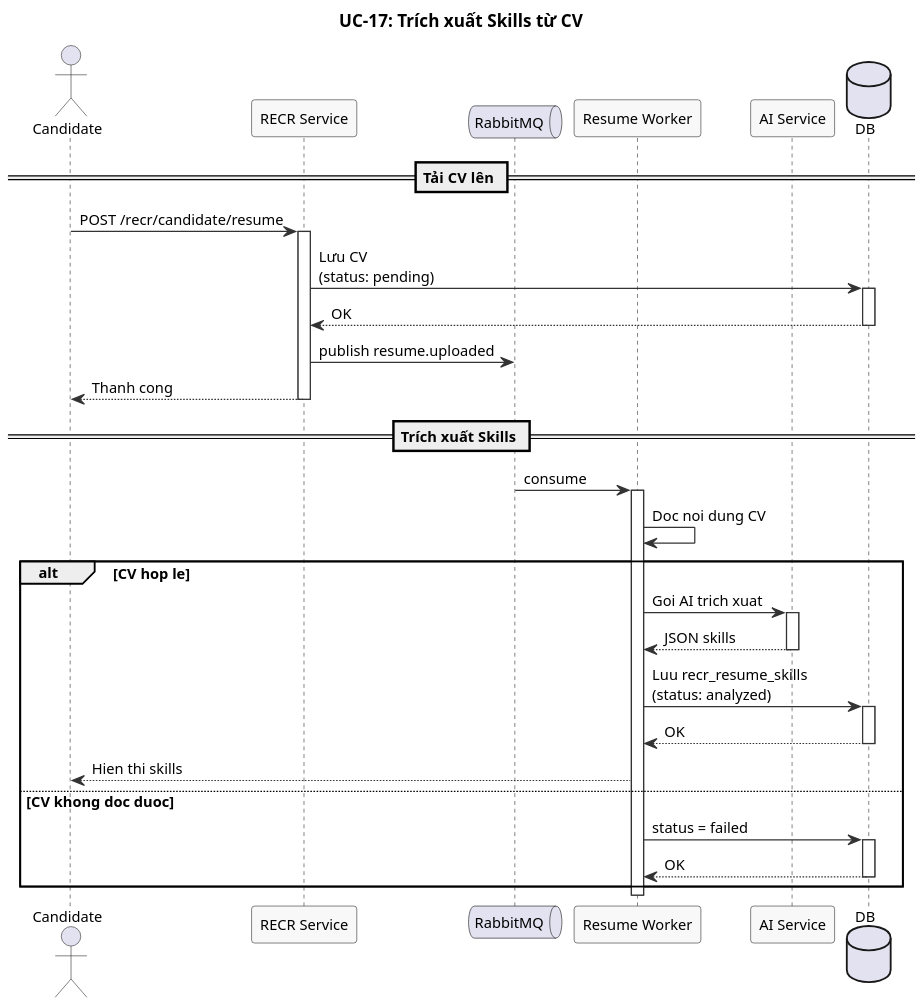
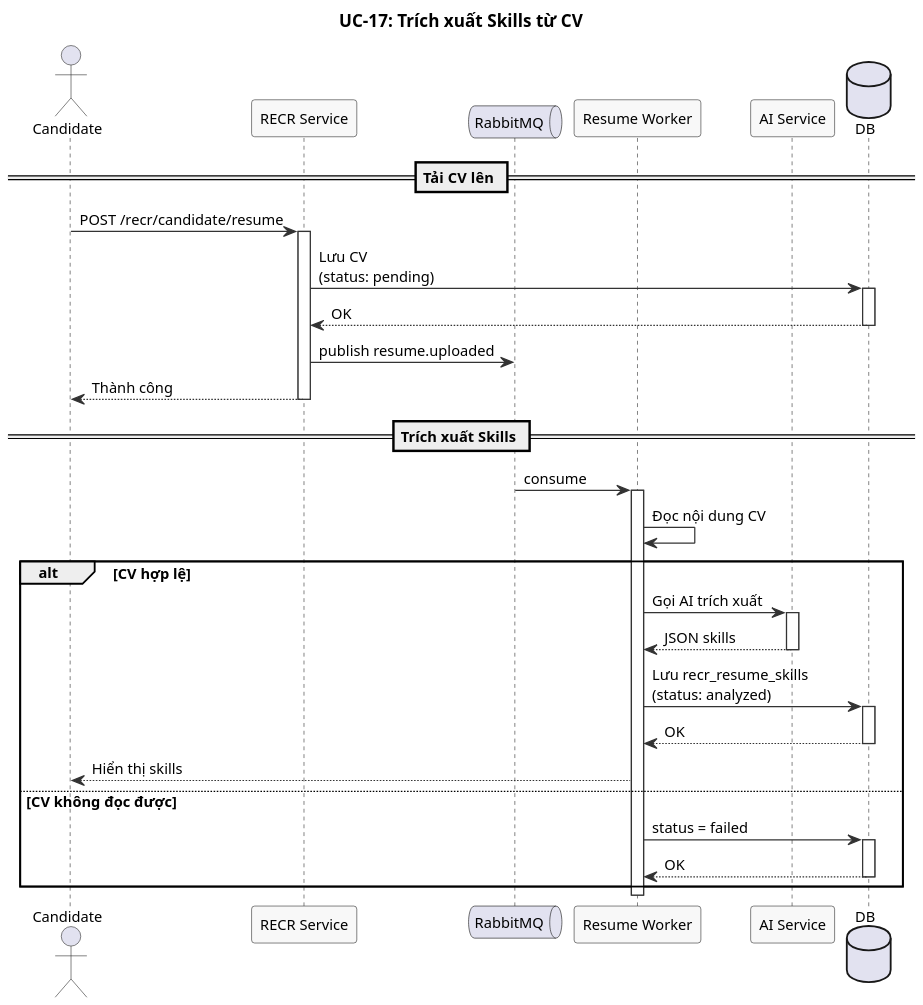
One commit to namnh240795/document changed the diagram in modules/recr/diagrams/sequence/uc17-resume-skill-extraction-sequence.puml. Above: the diagram before and after it, drawn with PlantUML. The commit also changed 25 other files, not shown here.

```diff
--- a/modules/recr/diagrams/sequence/uc17-resume-skill-extraction-sequence.puml
+++ b/modules/recr/diagrams/sequence/uc17-resume-skill-extraction-sequence.puml
@@ -1,60 +1,60 @@
 @startuml
 ' UC-17: Trích xuất Skills từ CV - Sơ đồ Chuỗi
 skinparam dpi 150
 skinparam defaultFontSize 12
 skinparam nodesep 15
 skinparam ranksep 15
 skinparam sequence {
   ArrowColor #333333
   ActorBorderColor #333333
   LifeLineBorderColor #333333
   ParticipantBackgroundColor #F8F8F8
   ParticipantBorderColor #333333
 }
 
 title UC-17: Trích xuất Skills từ CV
 
 actor "Candidate" as C
 participant "RECR Service" as R
 queue "RabbitMQ" as MQ
 participant "Resume Worker" as W
 participant "AI Service" as AI
 database "DB" as DB
 
 == Tải CV lên ==
 
 C -> R : POST /recr/candidate/resume
 activate R
 R -> DB : Lưu CV\n(status: pending)
 activate DB
 DB --> R : OK
 deactivate DB
 R -> MQ : publish resume.uploaded
-R --> C : Thanh cong
+R --> C : Thành công
 deactivate R
 
 == Trích xuất Skills ==
 
 MQ -> W : consume
 activate W
-W -> W : Doc noi dung CV
+W -> W : Đọc nội dung CV
 
-alt CV hop le
-  W -> AI : Goi AI trich xuat
+alt CV hợp lệ
+  W -> AI : Gọi AI trích xuất
   activate AI
   AI --> W : JSON skills
   deactivate AI
-  W -> DB : Luu recr_resume_skills\n(status: analyzed)
+  W -> DB : Lưu recr_resume_skills\n(status: analyzed)
   activate DB
   DB --> W : OK
   deactivate DB
-  W --> C : Hien thi skills
-else CV khong doc duoc
+  W --> C : Hiển thị skills
+else CV không đọc được
   W -> DB : status = failed
   activate DB
   DB --> W : OK
   deactivate DB
 end
 deactivate W
 
 @enduml
```
